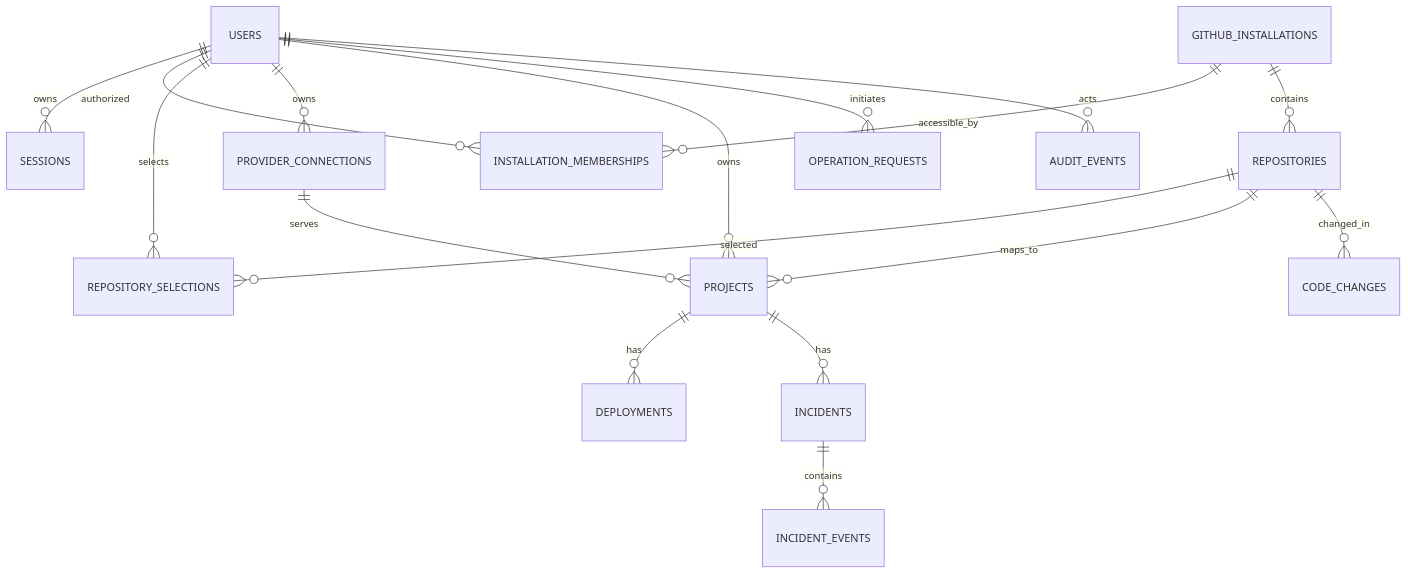
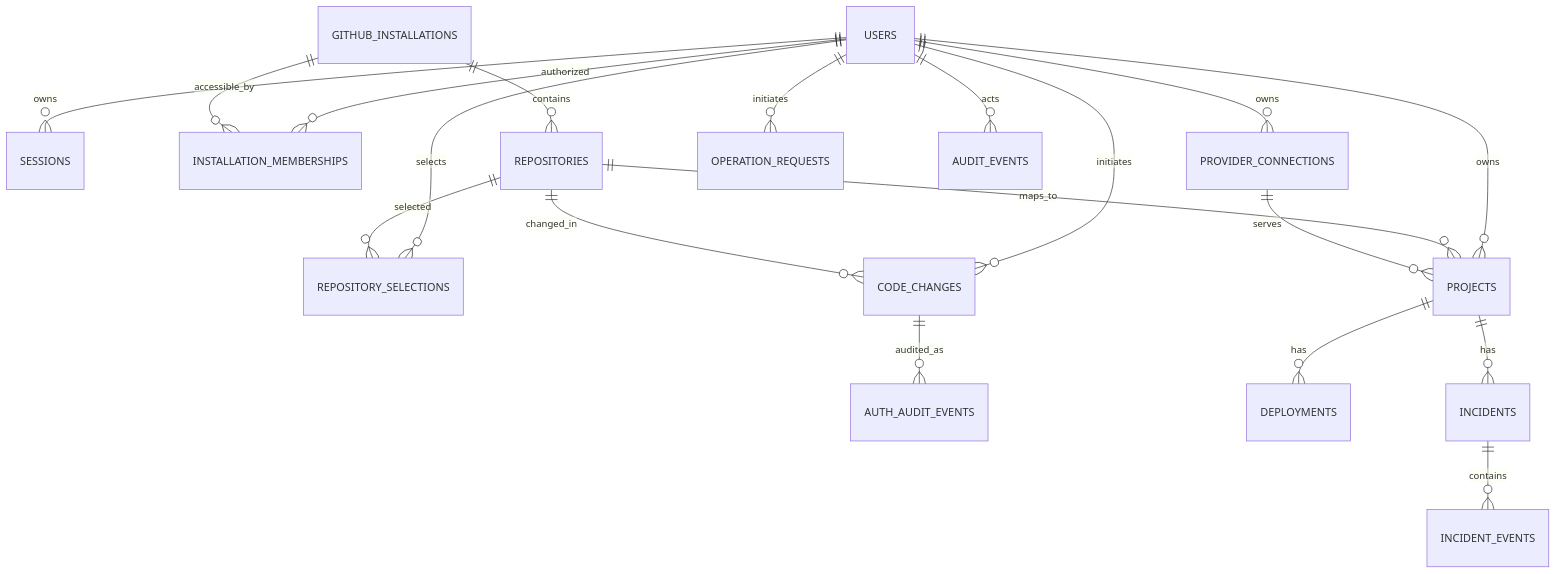
One commit to Ayomidade/pocketops changed the diagram in docs/DATABASE.md. Above: the diagram before and after it, drawn with Mermaid. The commit also changed other lines of this file and 88 other files, not shown here.

````diff
--- a/docs/DATABASE.md
+++ b/docs/DATABASE.md
@@ -13,19 +13,21 @@
 ```mermaid
  erDiagram
   USERS ||--o{ SESSIONS : owns
   USERS ||--o{ INSTALLATION_MEMBERSHIPS : authorized
   GITHUB_INSTALLATIONS ||--o{ INSTALLATION_MEMBERSHIPS : accessible_by
   GITHUB_INSTALLATIONS ||--o{ REPOSITORIES : contains
   USERS ||--o{ REPOSITORY_SELECTIONS : selects
   REPOSITORIES ||--o{ REPOSITORY_SELECTIONS : selected
   USERS ||--o{ PROVIDER_CONNECTIONS : owns
   USERS ||--o{ PROJECTS : owns
   REPOSITORIES ||--o{ PROJECTS : maps_to
   PROVIDER_CONNECTIONS ||--o{ PROJECTS : serves
+  USERS ||--o{ CODE_CHANGES : initiates
   REPOSITORIES ||--o{ CODE_CHANGES : changed_in
+  CODE_CHANGES ||--o{ AUTH_AUDIT_EVENTS : audited_as
   PROJECTS ||--o{ DEPLOYMENTS : has
   PROJECTS ||--o{ INCIDENTS : has
   INCIDENTS ||--o{ INCIDENT_EVENTS : contains
   USERS ||--o{ OPERATION_REQUESTS : initiates
   USERS ||--o{ AUDIT_EVENTS : acts
 ```
````
